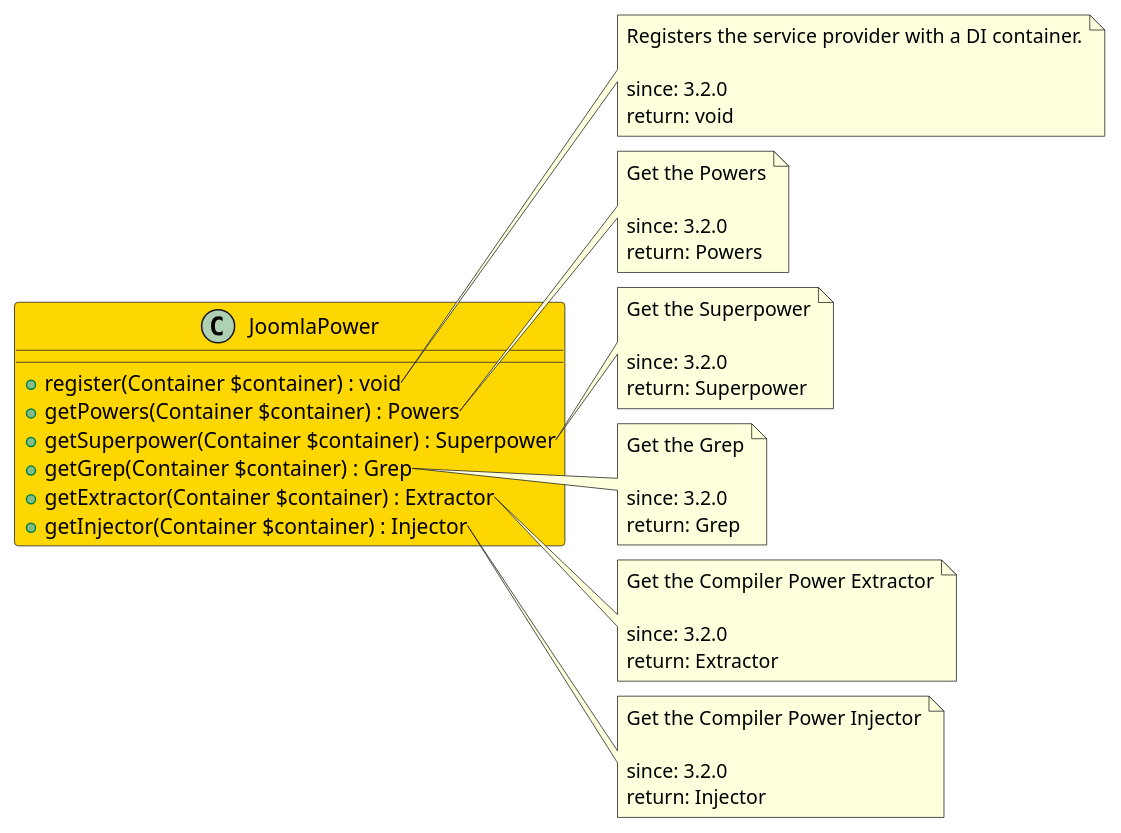
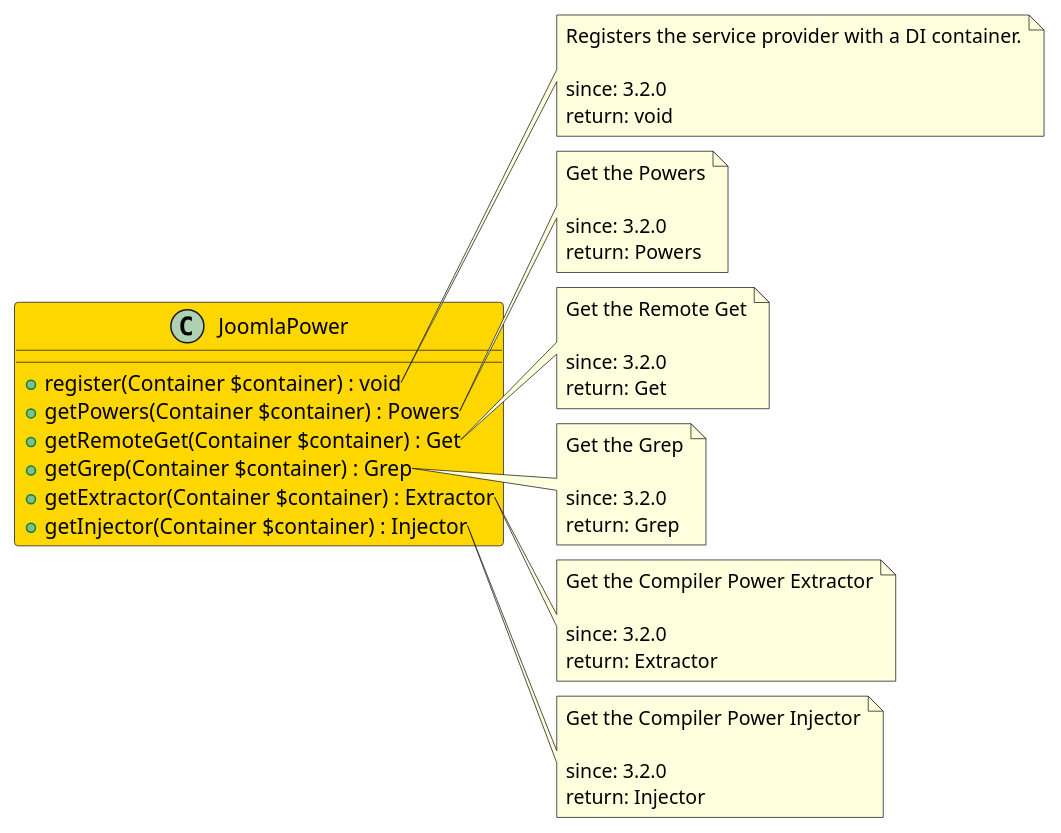
One commit to joomengine/jcb-compiler changed the diagram in src/5716c79f-a1c9-4059-9d00-8cccb9f9e061/README.md. Above: the diagram before and after it, drawn with PlantUML. The commit also changed other lines of this file and 846 other files, not shown here.

````diff
--- a/src/5716c79f-a1c9-4059-9d00-8cccb9f9e061/README.md
+++ b/src/5716c79f-a1c9-4059-9d00-8cccb9f9e061/README.md
@@ -12,55 +12,55 @@
 ```uml
 @startuml
 class JoomlaPower  #Gold {
   + register(Container $container) : void
   + getPowers(Container $container) : Powers
-  + getSuperpower(Container $container) : Superpower
+  + getRemoteGet(Container $container) : Get
   + getGrep(Container $container) : Grep
   + getExtractor(Container $container) : Extractor
   + getInjector(Container $container) : Injector
 }
 
 note right of JoomlaPower::register
   Registers the service provider with a DI container.
 
   since: 3.2.0
   return: void
 end note
 
 note right of JoomlaPower::getPowers
   Get the Powers
 
   since: 3.2.0
   return: Powers
 end note
 
-note right of JoomlaPower::getSuperpower
-  Get the Superpower
+note right of JoomlaPower::getRemoteGet
+  Get the Remote Get
 
   since: 3.2.0
-  return: Superpower
+  return: Get
 end note
 
 note right of JoomlaPower::getGrep
   Get the Grep
 
   since: 3.2.0
   return: Grep
 end note
 
 note right of JoomlaPower::getExtractor
   Get the Compiler Power Extractor
 
   since: 3.2.0
   return: Extractor
 end note
 
 note right of JoomlaPower::getInjector
   Get the Compiler Power Injector
 
   since: 3.2.0
   return: Injector
 end note
  
 @enduml
 ```
````
